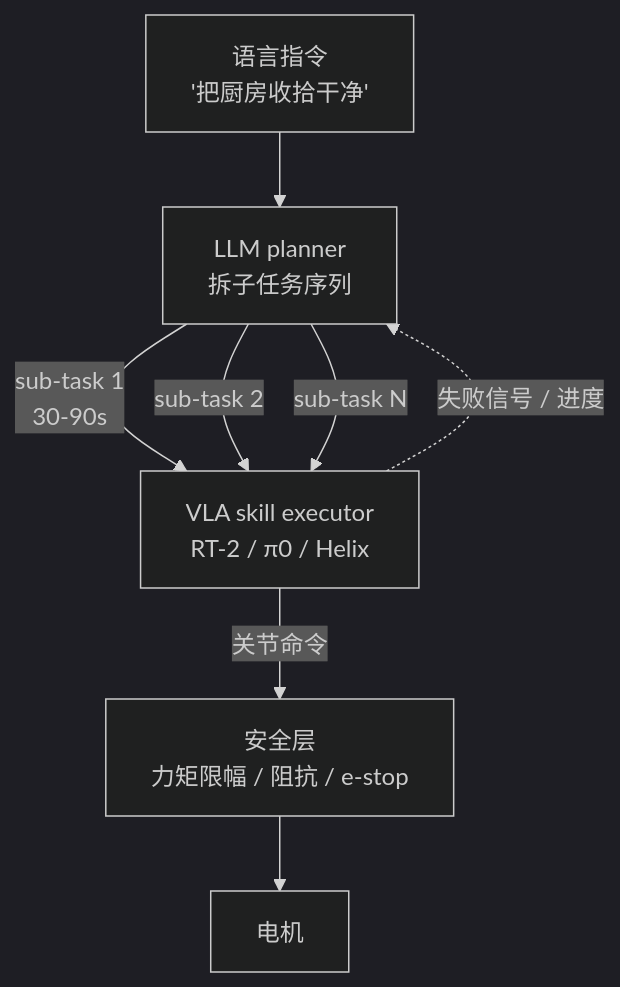
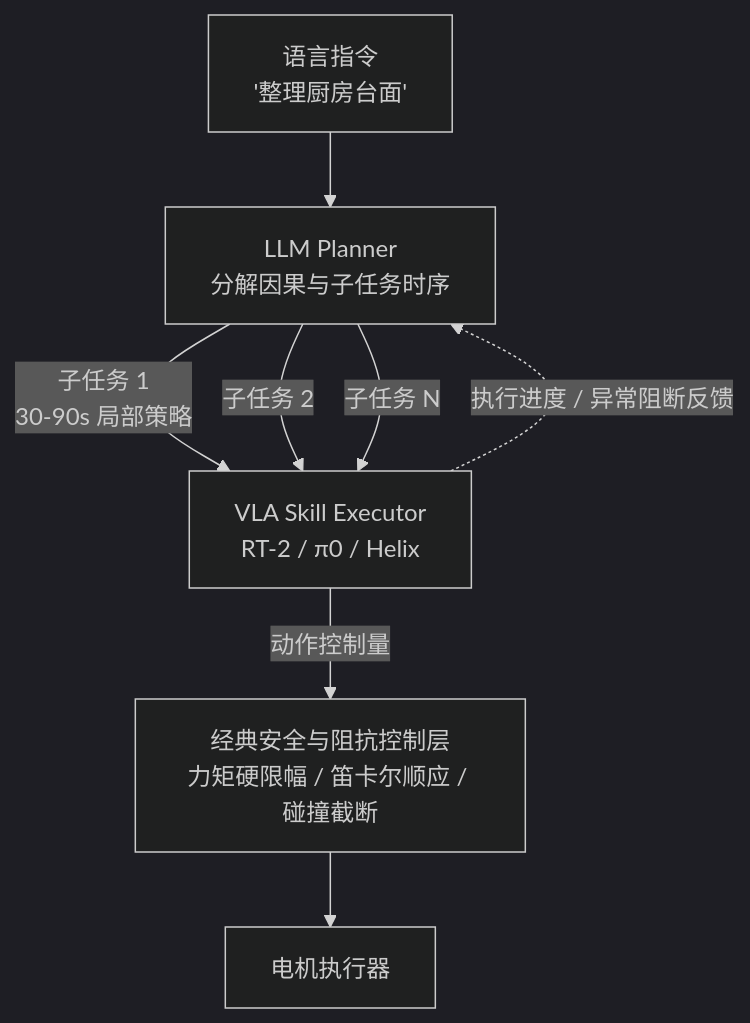
One commit to yingwang/robotics-llm-book changed the second of 2 diagrams in docs/01-end-to-end.md. Above: the diagram before and after it, drawn with Mermaid (dark theme). The commit also changed other lines of this file and 19 other files, not shown here.

````diff
--- a/docs/01-end-to-end.md
+++ b/docs/01-end-to-end.md
@@ -73,10 +71,10 @@
 ```mermaid
 flowchart TB
-  U[语言指令<br/>'把厨房收拾干净'] --> L[LLM planner<br/>拆子任务序列]
-  L -->|sub-task 1<br/>30-90s| V[VLA skill executor<br/>RT-2 / π0 / Helix]
-  L -->|sub-task 2| V
-  L -->|sub-task N| V
-  V -->|关节命令| S[安全层<br/>力矩限幅 / 阻抗 / e-stop]
-  S --> M[电机]
-  V -.->|失败信号 / 进度| L
+  U[语言指令<br/>'整理厨房台面'] --> L[LLM Planner<br/>分解因果与子任务时序]
+  L -->|子任务 1<br/>30-90s 局部策略| V[VLA Skill Executor<br/>RT-2 / π0 / Helix]
+  L -->|子任务 2| V
+  L -->|子任务 N| V
+  V -->|动作控制量| S[经典安全与阻抗控制层<br/>力矩硬限幅 / 笛卡尔顺应 / 碰撞截断]
+  S --> M[电机执行器]
+  V -.->|执行进度 / 异常阻断反馈| L
 ```
````
